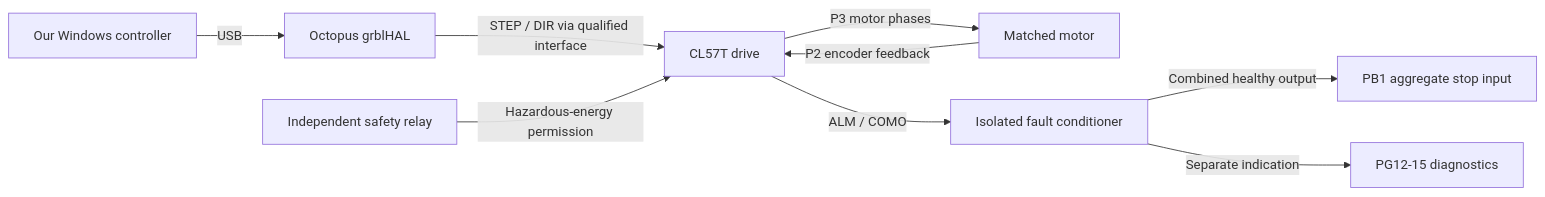
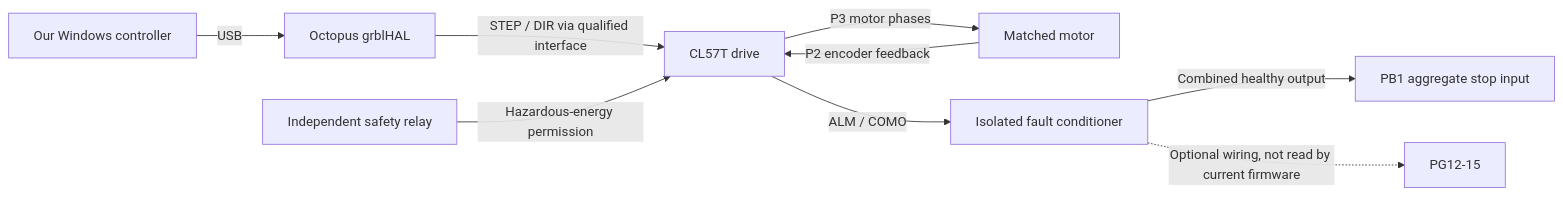
One commit to DeadlySIn777/FluidNC-OCTOPUS-PRO-GRBLHAL changed the diagram in docs/wiring/MR1-wiring-readiness.md. Above: the diagram before and after it, drawn with Mermaid. The commit also changed other lines of this file and 27 other files, not shown here.

````diff
--- a/docs/wiring/MR1-wiring-readiness.md
+++ b/docs/wiring/MR1-wiring-readiness.md
@@ -13,11 +13,11 @@
 ```mermaid
 flowchart LR
   PC[Our Windows controller] -->|USB| MCU[Octopus grblHAL]
   MCU -->|STEP / DIR via qualified interface| D[CL57T drive]
   D -->|P3 motor phases| M[Matched motor]
   M -->|P2 encoder feedback| D
   D -->|ALM / COMO| C[Isolated fault conditioner]
   C -->|Combined healthy output| PB1[PB1 aggregate stop input]
-  C -->|Separate indication| PG[PG12-15 diagnostics]
+  C -.->|Optional wiring, not read by current firmware| PG[PG12-15]
   SR[Independent safety relay] -->|Hazardous-energy permission| D
 ```
````
